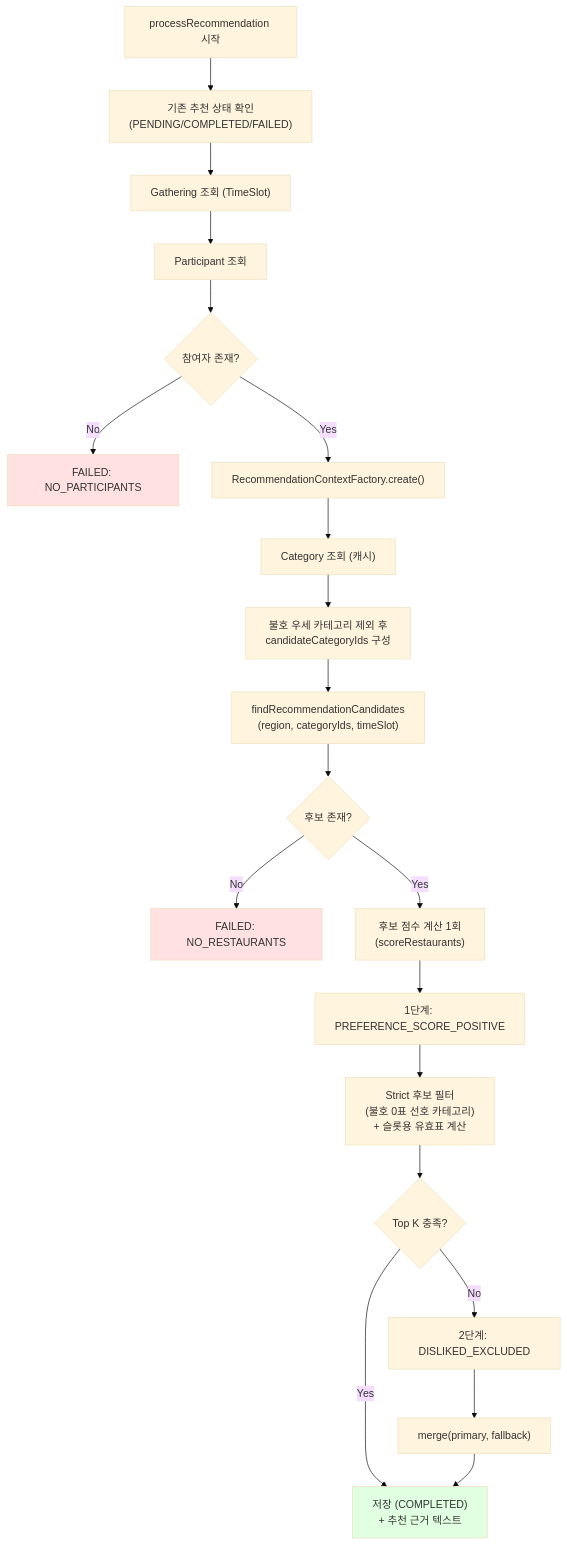
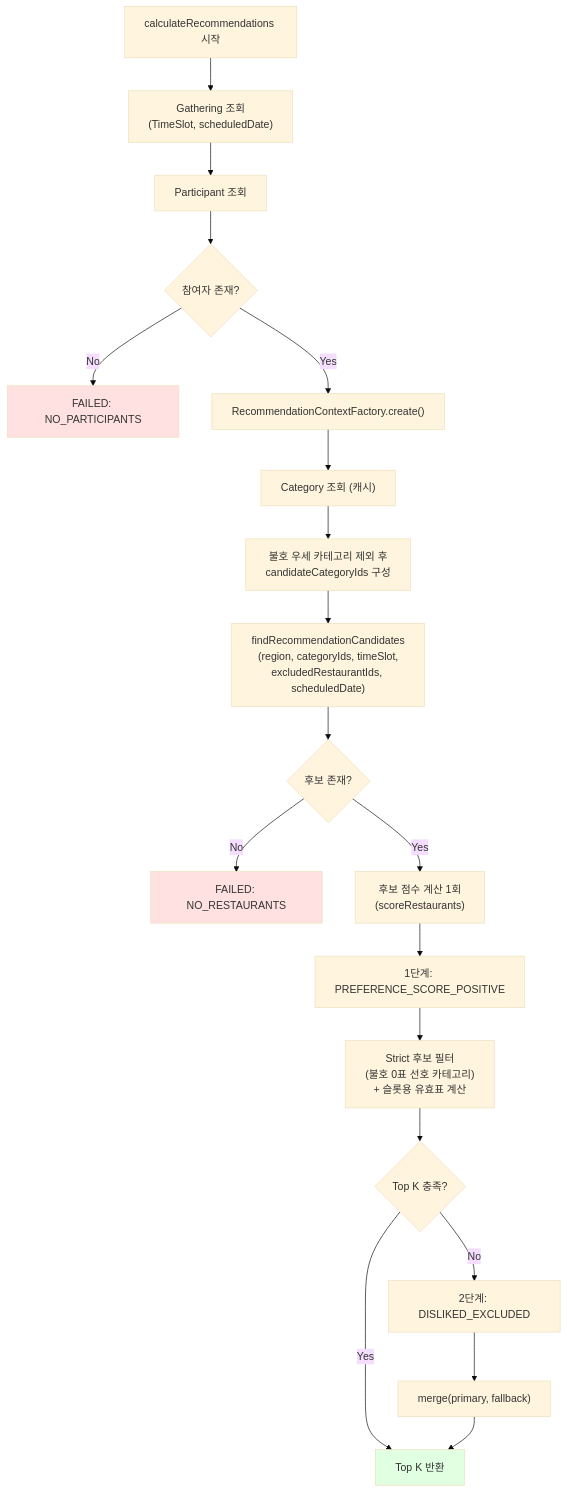
The third of 4 diagrams in docs/architecture/recommendation-system.md (Nexters/hereeat-server), drawn with Mermaid (base theme) before and after one commit. The commit also changed other lines of this file, not shown here.

````diff
--- a/docs/architecture/recommendation-system.md
+++ b/docs/architecture/recommendation-system.md
@@ -88,26 +129,25 @@
 ```mermaid
 flowchart TD
-    A["processRecommendation 시작"] --> B["기존 추천 상태 확인<br/>(PENDING/COMPLETED/FAILED)"]
-    B --> C["Gathering 조회 (TimeSlot)"]
-    C --> D["Participant 조회"]
-    D --> E{"참여자 존재?"}
-    E -->|No| F["FAILED: NO_PARTICIPANTS"]
-    E -->|Yes| G["RecommendationContextFactory.create()"]
-    G --> H["Category 조회 (캐시)"]
-    H --> I["불호 우세 카테고리 제외 후<br/>candidateCategoryIds 구성"]
-    I --> J["findRecommendationCandidates<br/>(region, categoryIds, timeSlot)"]
-    J --> K{"후보 존재?"}
-    K -->|No| L["FAILED: NO_RESTAURANTS"]
-    K -->|Yes| M["후보 점수 계산 1회<br/>(scoreRestaurants)"]
-    M --> N["1단계: PREFERENCE_SCORE_POSITIVE"]
-    N --> N1["Strict 후보 필터<br/>(불호 0표 선호 카테고리)<br/>+ 슬롯용 유효표 계산"]
-    N1 --> O{"Top K 충족?"}
-    O -->|Yes| P["저장 (COMPLETED)<br/>+ 추천 근거 텍스트"]
+    A["calculateRecommendations 시작"] --> B["Gathering 조회<br/>(TimeSlot, scheduledDate)"]
+    B --> C["Participant 조회"]
+    C --> D{"참여자 존재?"}
+    D -->|No| E["FAILED: NO_PARTICIPANTS"]
+    D -->|Yes| F["RecommendationContextFactory.create()"]
+    F --> G["Category 조회 (캐시)"]
+    G --> H["불호 우세 카테고리 제외 후<br/>candidateCategoryIds 구성"]
+    H --> I["findRecommendationCandidates<br/>(region, categoryIds, timeSlot,<br/>excludedRestaurantIds, scheduledDate)"]
+    I --> J{"후보 존재?"}
+    J -->|No| K["FAILED: NO_RESTAURANTS"]
+    J -->|Yes| L["후보 점수 계산 1회<br/>(scoreRestaurants)"]
+    L --> M["1단계: PREFERENCE_SCORE_POSITIVE"]
+    M --> N["Strict 후보 필터<br/>(불호 0표 선호 카테고리)<br/>+ 슬롯용 유효표 계산"]
+    N --> O{"Top K 충족?"}
+    O -->|Yes| P["Top K 반환"]
     O -->|No| Q["2단계: DISLIKED_EXCLUDED"]
     Q --> R["merge(primary, fallback)"]
     R --> P
 
-    style F fill:#ffe1e1
-    style L fill:#ffe1e1
+    style E fill:#ffe1e1
+    style K fill:#ffe1e1
     style P fill:#e1ffe1
 ```
````
